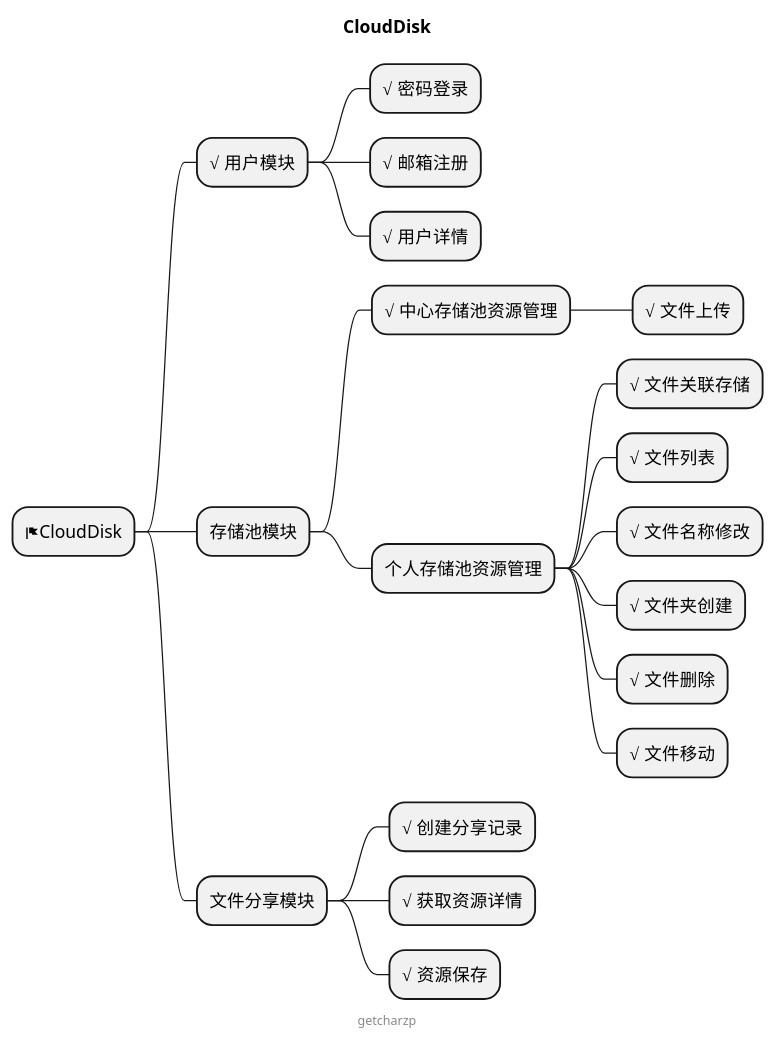
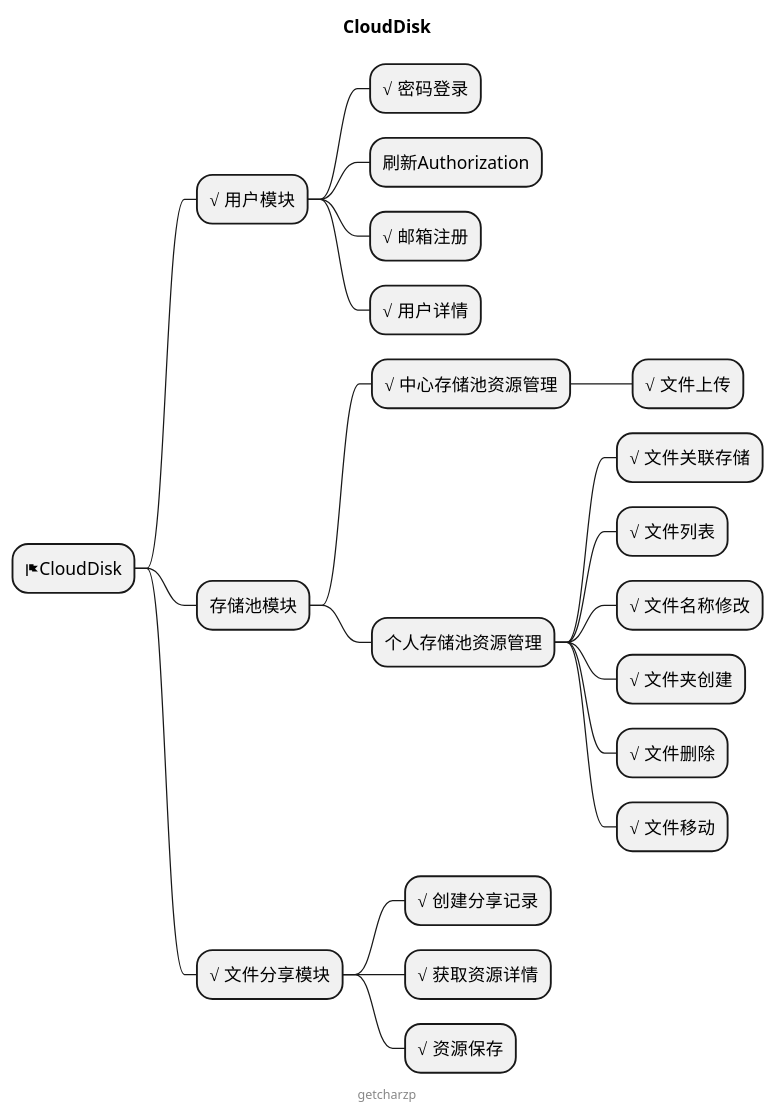
One commit to GetcharZp/cloud-disk changed the diagram in MIND.puml. Above: the diagram before and after it, drawn with PlantUML. The commit also changed 8 other files, not shown here.

```diff
--- a/MIND.puml
+++ b/MIND.puml
@@ -1,27 +1,28 @@
 @startmindmap
 
 title CloudDisk
 
 * <&flag>CloudDisk
 ** √ 用户模块
 *** √ 密码登录
+*** 刷新Authorization
 *** √ 邮箱注册
 *** √ 用户详情
 ** 存储池模块
 *** √ 中心存储池资源管理
 **** √ 文件上传
 *** 个人存储池资源管理
 **** √ 文件关联存储
 **** √ 文件列表
 **** √ 文件名称修改
 **** √ 文件夹创建
 **** √ 文件删除
 **** √ 文件移动
-** 文件分享模块
+** √ 文件分享模块
 *** √ 创建分享记录
 *** √ 获取资源详情
 *** √ 资源保存
 
 center footer getcharzp
 
 @endmindmap
```
